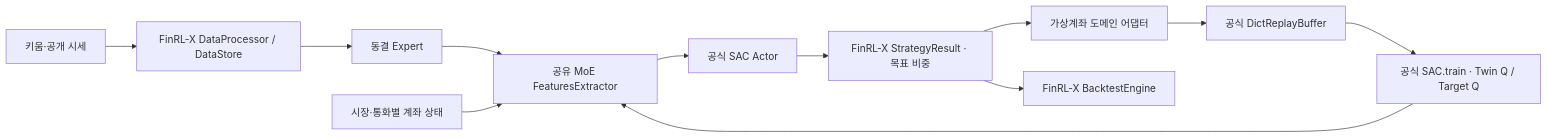
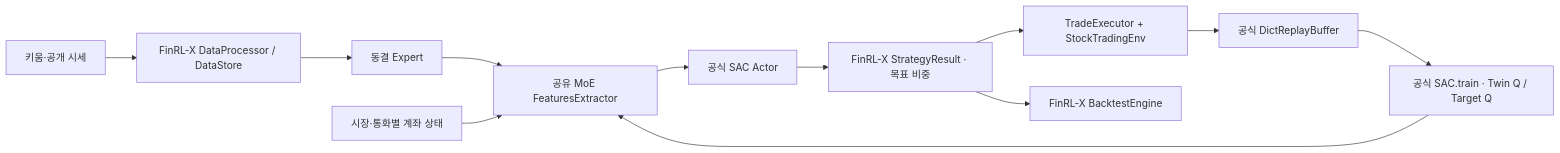
One commit to hushmind3/continual-trading-agent changed the diagram in docs/architecture.md. Above: the diagram before and after it, drawn with Mermaid. The commit also changed other lines of this file and 1203 other files, not shown here.

````diff
--- a/docs/architecture.md
+++ b/docs/architecture.md
@@ -3,14 +3,14 @@
 ```mermaid
 flowchart LR
  Feed[키움·공개 시세] --> Data[FinRL-X DataProcessor / DataStore]
  Data --> Expert[동결 Expert]
  Expert --> MoE[공유 MoE FeaturesExtractor]
  Market[시장·통화별 계좌 상태] --> MoE
  MoE --> Actor[공식 SAC Actor]
  Actor --> Strategy[FinRL-X StrategyResult · 목표 비중]
- Strategy --> Paper[가상계좌 도메인 어댑터]
+ Strategy --> Paper[TradeExecutor + StockTradingEnv]
  Paper --> Replay[공식 DictReplayBuffer]
  Replay --> SAC[공식 SAC.train · Twin Q / Target Q]
  SAC --> MoE
  Strategy --> Backtest[FinRL-X BacktestEngine]
 ```
````
